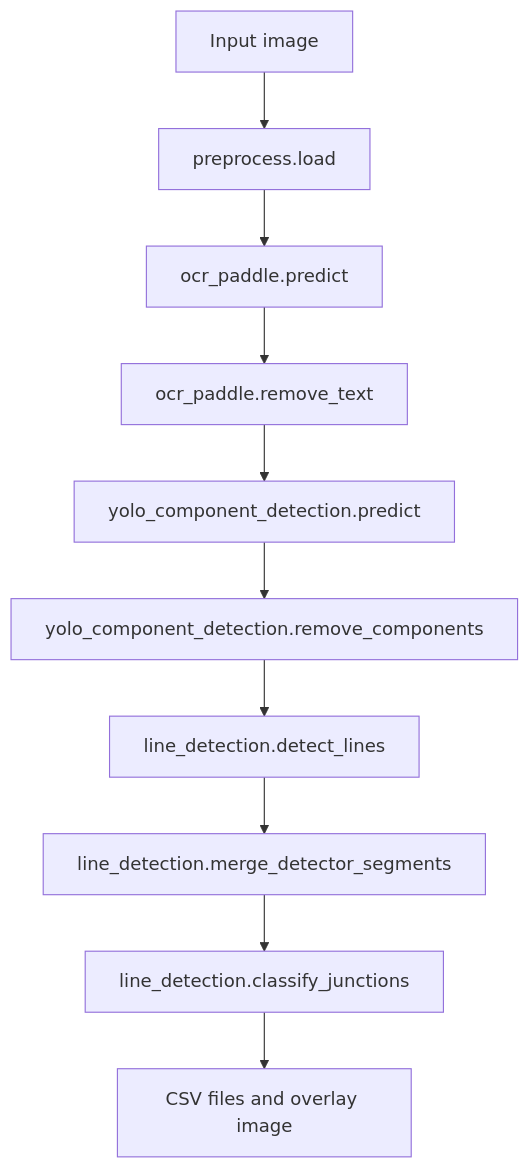
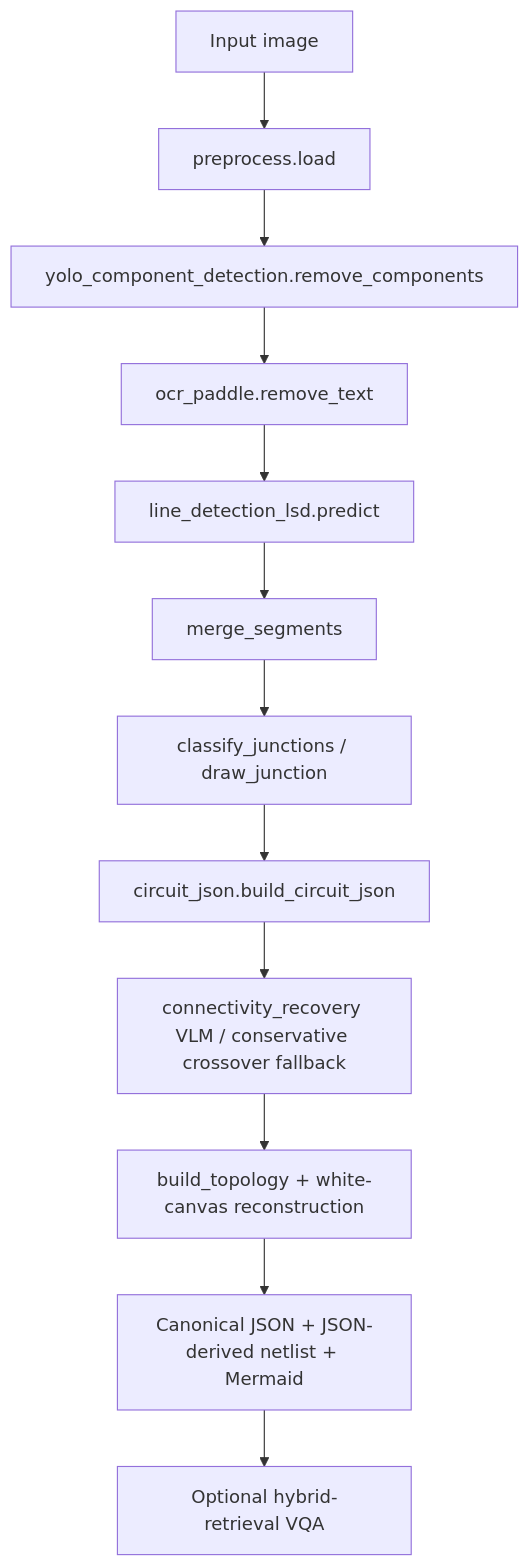
One commit to sugashss1/diagram-intelligence changed the diagram in PIPELINE.md. Above: the diagram before and after it, drawn with Mermaid. The commit also changed other lines of this file, not shown here.

````diff
--- a/PIPELINE.md
+++ b/PIPELINE.md
@@ -7,12 +7,14 @@
 ```mermaid
 flowchart TD
     A[Input image] --> B[preprocess.load]
-    B --> C[ocr_paddle.predict]
+    B --> C[yolo_component_detection.remove_components]
     C --> D[ocr_paddle.remove_text]
-    D --> E[yolo_component_detection.predict]
-    E --> F[yolo_component_detection.remove_components]
-    F --> G[line_detection.detect_lines]
-    G --> H[line_detection.merge_detector_segments]
-    H --> I[line_detection.classify_junctions]
-    I --> J[CSV files and overlay image]
+    D --> E[line_detection_lsd.predict]
+    E --> F[merge_segments]
+    F --> G[classify_junctions / draw_junction]
+    G --> I[circuit_json.build_circuit_json]
+    I --> J[connectivity_recovery VLM / conservative crossover fallback]
+    J --> K[build_topology + white-canvas reconstruction]
+    K --> L[Canonical JSON + JSON-derived netlist + Mermaid]
+    L --> M[Optional hybrid-retrieval VQA]
 ```
````
